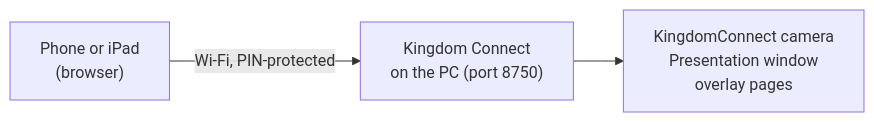
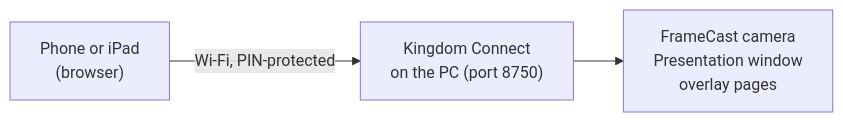
The diagram in docs/remote-control.md (mshobin/FrameDecks), drawn with Mermaid before and after one commit. The commit also changed other lines of this file and 159 other files, not shown here.

First line of the commit message:
The virtual camera is called FrameCast

````diff
--- a/docs/remote-control.md
+++ b/docs/remote-control.md
@@ -27,5 +27,5 @@
 ```mermaid
 flowchart LR
   Phone["Phone or iPad<br/>(browser)"] -- "Wi-Fi, PIN-protected" --> PC["Kingdom Connect<br/>on the PC (port 8750)"]
-  PC --> Out["KingdomConnect camera<br/>Presentation window<br/>overlay pages"]
+  PC --> Out["FrameCast camera<br/>Presentation window<br/>overlay pages"]
 ```
````
